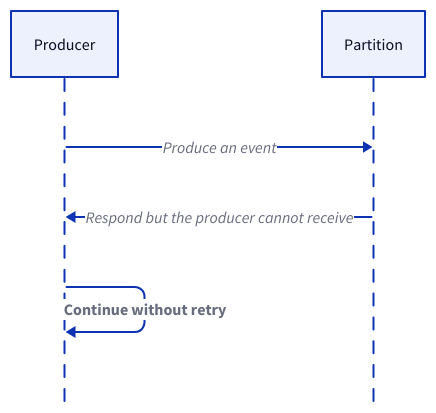
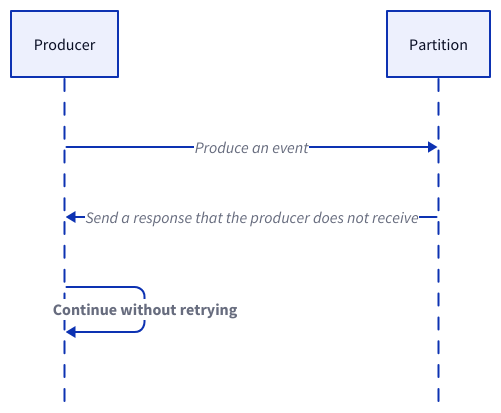
One commit to link1905/system-design-101 changed the third of 14 diagrams in content/data-persistence/event-streaming-platform/delivery-semantics.md. Above: the diagram before and after it, drawn with D2. The commit also changed other lines of this file and 42 other files, not shown here.

````diff
--- a/content/data-persistence/event-streaming-platform/delivery-semantics.md
+++ b/content/data-persistence/event-streaming-platform/delivery-semantics.md
@@ -76,16 +75,16 @@
 ```d2
 shape: sequence_diagram
 p: Producer {
   class: server
 }
 q: Partition {
   class: mq
 }
 p -> q: Produce an event
-q -> p: Respond but the producer cannot receive {
+q -> p: Send a response that the producer does not receive {
   class: error-conn
 }
-p -> p: Continue without retry {
+p -> p: Continue without retrying {
   style.bold: true
 }
 ```
````
